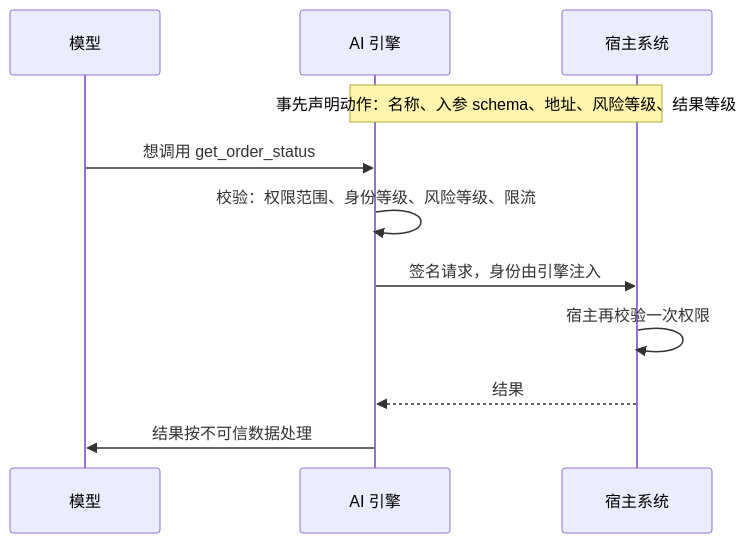
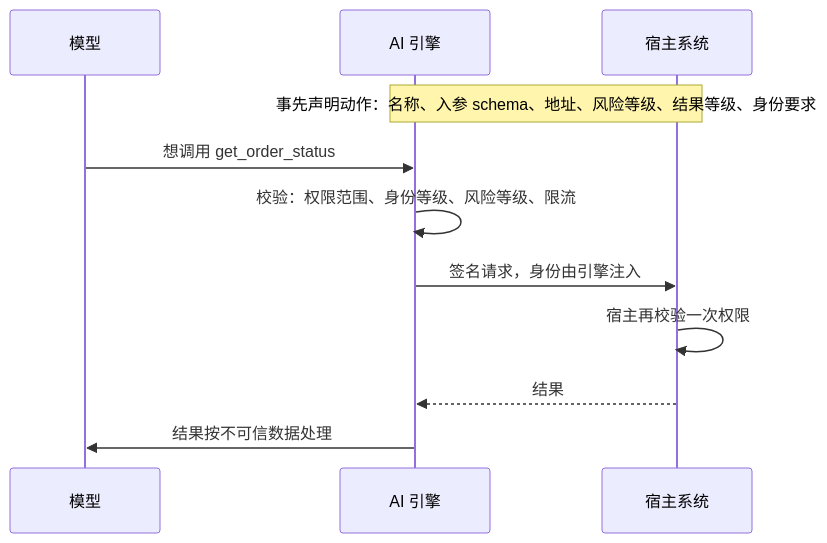
The fifth of 9 diagrams in docs/ai-engine-architecture-blueprint.md (brix-kit-dev/intergent), drawn with Mermaid before and after one commit. The commit also changed other lines of this file, not shown here.

````diff
--- a/docs/ai-engine-architecture-blueprint.md
+++ b/docs/ai-engine-architecture-blueprint.md
@@ -459,13 +459,13 @@
 ```mermaid
 sequenceDiagram
     participant M as 模型
     participant E as AI 引擎
     participant H as 宿主系统
-    Note over H,E: 事先声明动作：名称、入参 schema、地址、风险等级、结果等级
+    Note over H,E: 事先声明动作：名称、入参 schema、地址、风险等级、结果等级、身份要求
     M->>E: 想调用 get_order_status
     E->>E: 校验：权限范围、身份等级、风险等级、限流
     E->>H: 签名请求，身份由引擎注入
     H->>H: 宿主再校验一次权限
     H-->>E: 结果
     E->>M: 结果按不可信数据处理
 ```
````
